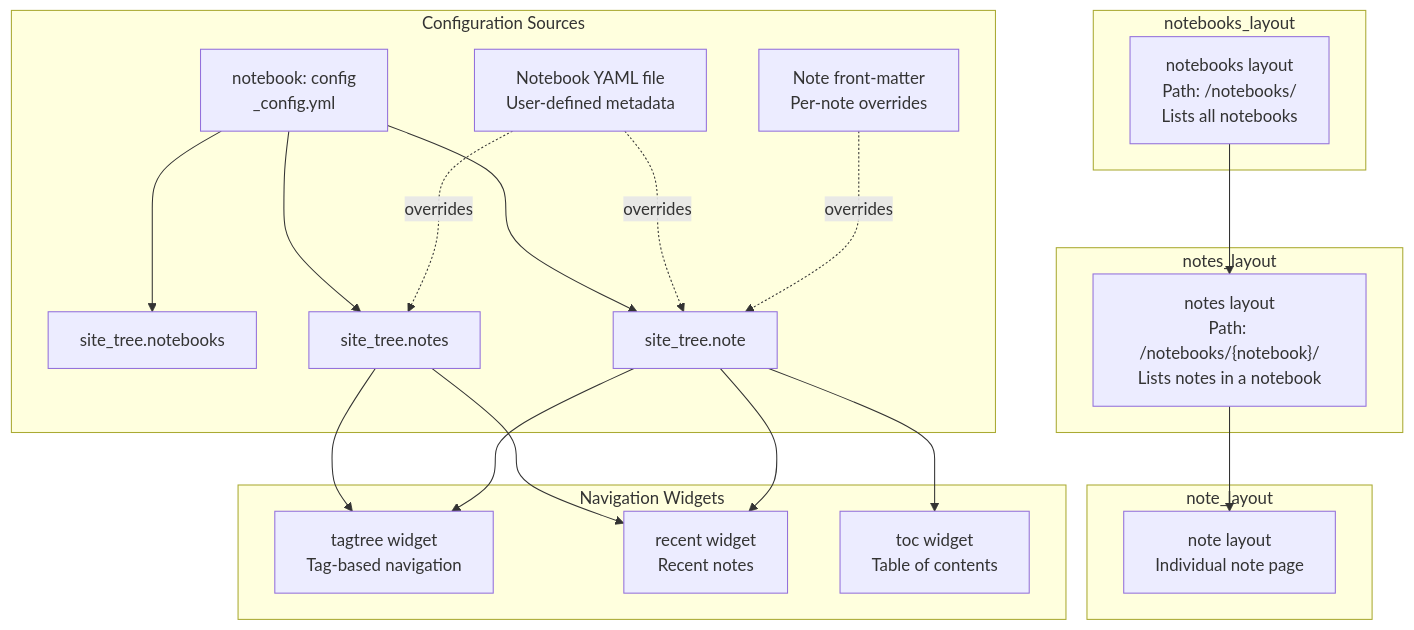
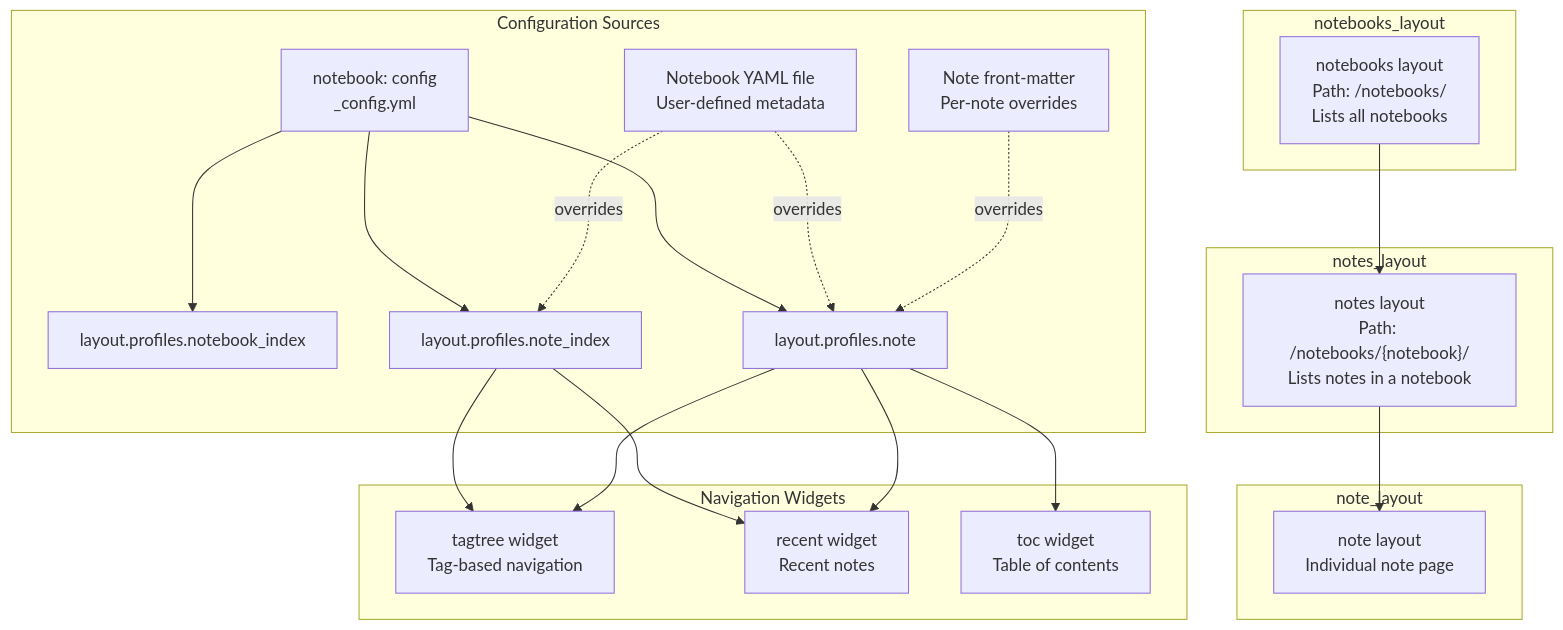
Before and after one commit to xaoxuu/hexo-theme-stellar: the first of 7 diagrams in docs/knowledge/03-内容系统/notebook-system.md, drawn with Mermaid. The commit also changed other lines of this file and 60 other files, not shown here.

````diff
--- a/docs/knowledge/03-内容系统/notebook-system.md
+++ b/docs/knowledge/03-内容系统/notebook-system.md
@@ -39,46 +39,46 @@
 ```mermaid
 graph TB
     subgraph "notebooks_layout"
         NOTEBOOKS["notebooks layout<br/>Path: /notebooks/<br/>Lists all notebooks"]
     end
     
     subgraph "notes_layout"
         NOTES["notes layout<br/>Path: /notebooks/{notebook}/<br/>Lists notes in a notebook"]
     end
     
     subgraph "note_layout"
         NOTE["note layout<br/>Individual note page"]
     end
     
     subgraph "Configuration Sources"
         GLOBAL["notebook: config<br/>_config.yml"]
-        NOTEBOOKS_CFG["site_tree.notebooks"]
-        NOTES_CFG["site_tree.notes"]
-        NOTE_CFG["site_tree.note"]
+        NOTEBOOKS_CFG["layout.profiles.notebook_index"]
+        NOTES_CFG["layout.profiles.note_index"]
+        NOTE_CFG["layout.profiles.note"]
         YAML["Notebook YAML file<br/>User-defined metadata"]
         FRONTMATTER["Note front-matter<br/>Per-note overrides"]
     end
     
     subgraph "Navigation Widgets"
         TAGTREE["tagtree widget<br/>Tag-based navigation"]
         RECENT["recent widget<br/>Recent notes"]
         TOC["toc widget<br/>Table of contents"]
     end
     
     NOTEBOOKS --> NOTES
     NOTES --> NOTE
     
     GLOBAL --> NOTEBOOKS_CFG
     GLOBAL --> NOTES_CFG
     GLOBAL --> NOTE_CFG
     
     YAML -.overrides.-> NOTES_CFG
     YAML -.overrides.-> NOTE_CFG
     FRONTMATTER -.overrides.-> NOTE_CFG
     
     NOTES_CFG --> TAGTREE
     NOTES_CFG --> RECENT
     NOTE_CFG --> TAGTREE
     NOTE_CFG --> RECENT
     NOTE_CFG --> TOC
 ```
````
